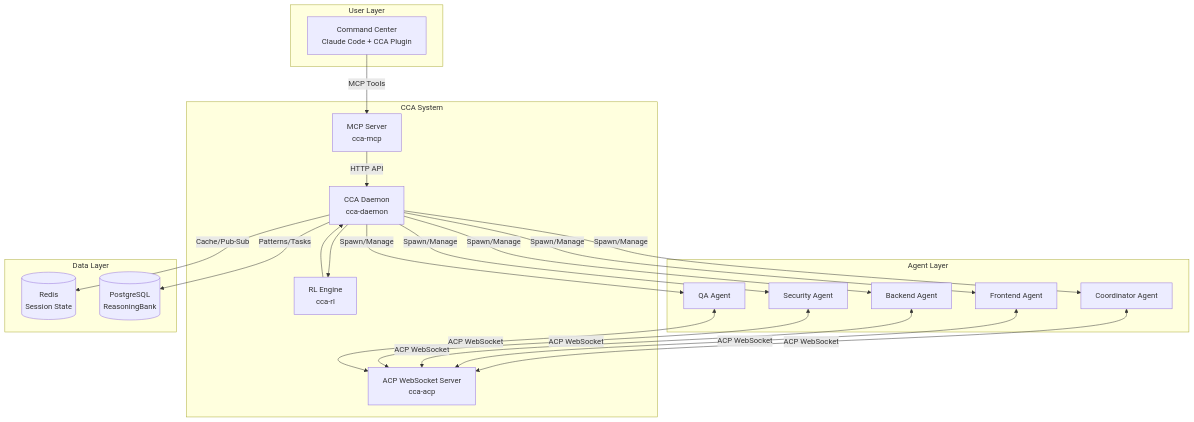
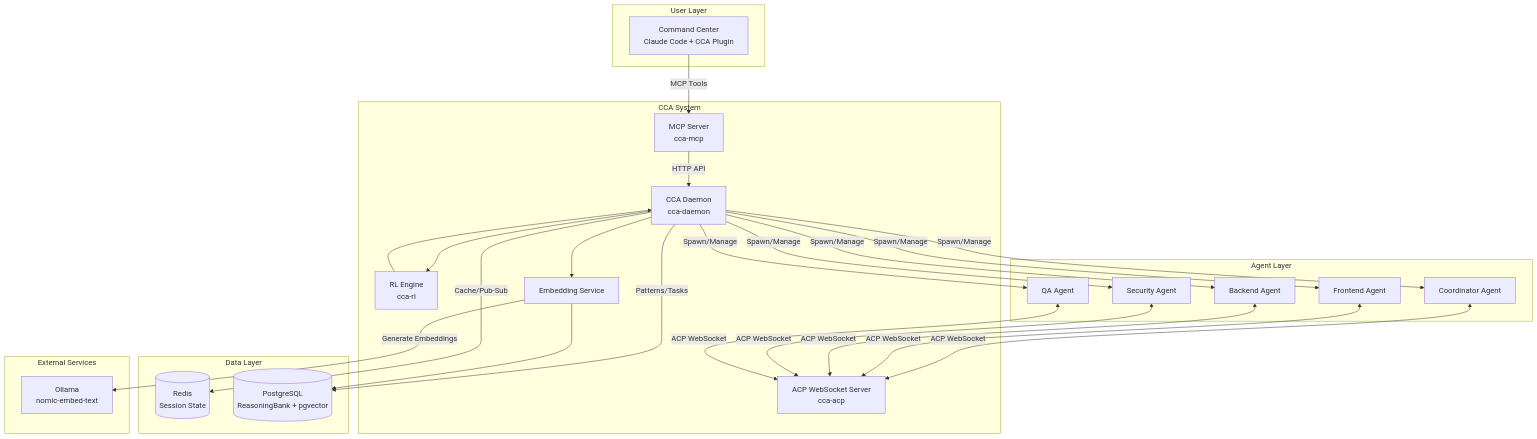
Before and after one commit to mjhcompany/cca: the first of 18 diagrams in docs/architecture.md, drawn with Mermaid. The commit also changed other lines of this file and 21 other files, not shown here.

````diff
--- a/docs/architecture.md
+++ b/docs/architecture.md
@@ -7,46 +7,55 @@
 ```mermaid
 graph TB
     subgraph "User Layer"
         CC[Command Center<br/>Claude Code + CCA Plugin]
     end
 
     subgraph "CCA System"
         MCP[MCP Server<br/>cca-mcp]
         Daemon[CCA Daemon<br/>cca-daemon]
         ACP[ACP WebSocket Server<br/>cca-acp]
         RL[RL Engine<br/>cca-rl]
+        EMB[Embedding Service]
     end
 
     subgraph "Agent Layer"
         Coord[Coordinator Agent]
         FE[Frontend Agent]
         BE[Backend Agent]
         Sec[Security Agent]
         QA[QA Agent]
     end
 
     subgraph "Data Layer"
         Redis[(Redis<br/>Session State)]
-        PG[(PostgreSQL<br/>ReasoningBank)]
+        PG[(PostgreSQL<br/>ReasoningBank + pgvector)]
+    end
+
+    subgraph "External Services"
+        Ollama[Ollama<br/>nomic-embed-text]
     end
 
     CC -->|MCP Tools| MCP
     MCP -->|HTTP API| Daemon
     Daemon -->|Spawn/Manage| Coord
     Daemon -->|Spawn/Manage| FE
     Daemon -->|Spawn/Manage| BE
     Daemon -->|Spawn/Manage| Sec
     Daemon -->|Spawn/Manage| QA
 
     Coord <-->|ACP WebSocket| ACP
     FE <-->|ACP WebSocket| ACP
     BE <-->|ACP WebSocket| ACP
     Sec <-->|ACP WebSocket| ACP
     QA <-->|ACP WebSocket| ACP
 
     Daemon -->|Cache/Pub-Sub| Redis
     Daemon -->|Patterns/Tasks| PG
 
+    EMB -->|Generate Embeddings| Ollama
+    Daemon --> EMB
+    EMB --> PG
+
     RL --> Daemon
     Daemon --> RL
 ```
````
